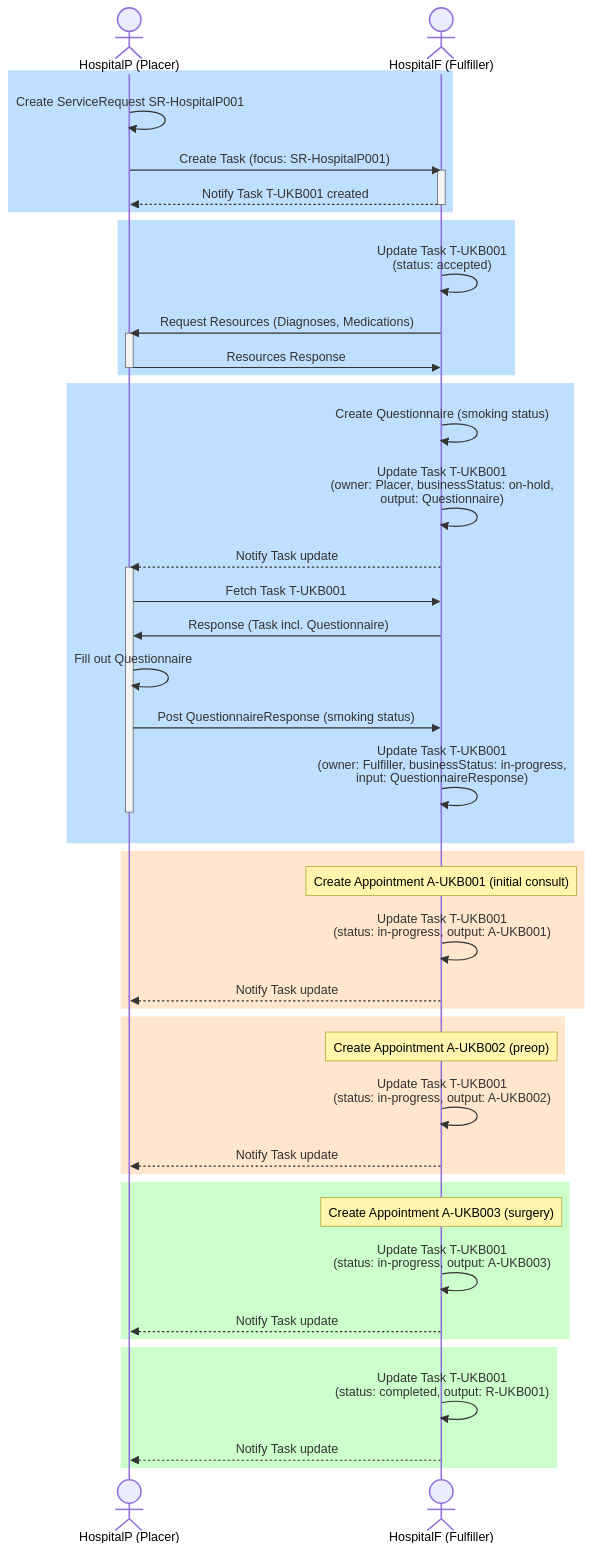
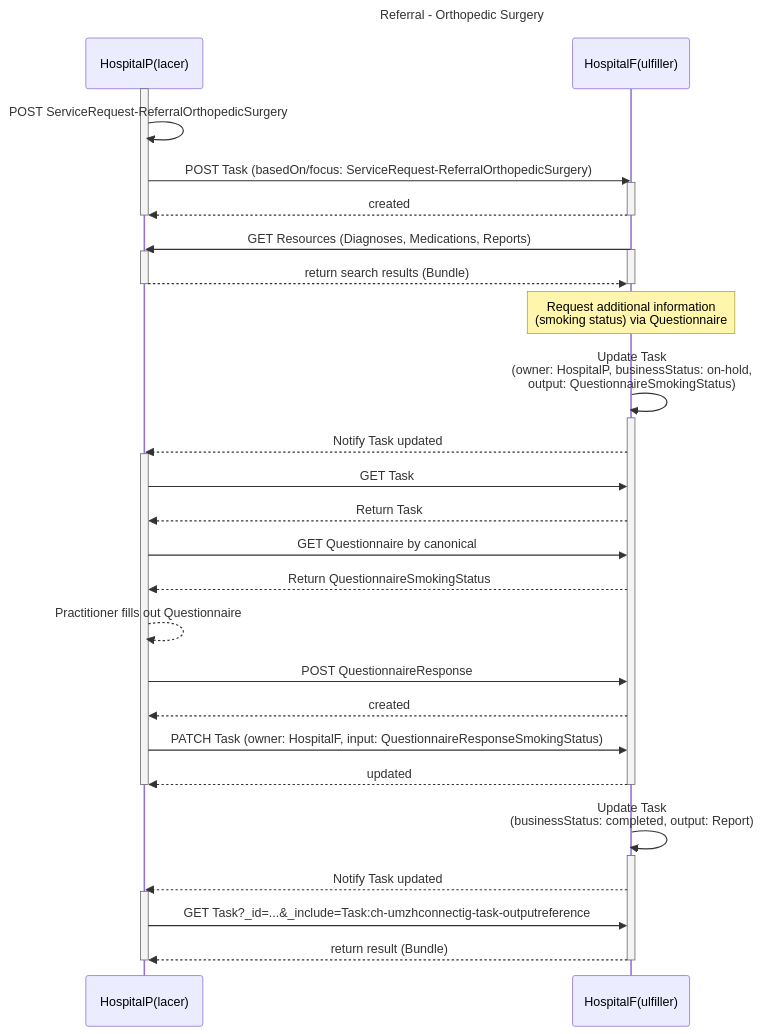
One commit to umzhconnect/umzhconnect-ig changed the diagram in input/pagecontent/usecase-referral-orthopedic.md. Above: the diagram before and after it, drawn with Mermaid. The commit also changed other lines of this file and 9 other files, not shown here.

````diff
--- a/input/pagecontent/usecase-referral-orthopedic.md
+++ b/input/pagecontent/usecase-referral-orthopedic.md
@@ -18,58 +18,49 @@
 ```mermaid
 sequenceDiagram
-    actor HospitalP as HospitalP (Placer)
-    actor HospitalF as HospitalF (Fulfiller)
+    title Referral - Orthopedic Surgery
+
+    participant HospitalP as HospitalP(lacer)
+    participant HospitalF as HospitalF(ulfiller)
+    activate HospitalP
+    HospitalP->>HospitalP: POST ServiceRequest-ReferralOrthopedicSurgery
+    HospitalP->>HospitalF: POST Task (basedOn/focus: ServiceRequest-ReferralOrthopedicSurgery)
+    activate HospitalF
+    HospitalF-->>HospitalP: created
+    deactivate HospitalP
+    deactivate HospitalF
     
-    rect rgb(191, 223, 255)
-    HospitalP->>HospitalP: Create ServiceRequest SR-HospitalP001
-    HospitalP->>HospitalF: Create Task (focus: SR-HospitalP001)
+    HospitalF->>HospitalP: GET Resources (Diagnoses, Medications, Reports)
     activate HospitalF
-    HospitalF-->>HospitalP: Notify Task T-UKB001 created
+    activate HospitalP
+    HospitalP-->>HospitalF: return search results (Bundle)
     deactivate HospitalF
-    end
-    
-    rect rgb(191, 223, 255)
-    HospitalF->>HospitalF: Update Task T-UKB001<br/>(status: accepted)
-    HospitalF->>HospitalP: Request Resources (Diagnoses, Medications)
+    deactivate HospitalP
+
+    Note over HospitalF: Request additional information<br/>(smoking status) via Questionnaire
+    HospitalF->>HospitalF: Update Task<br/>(owner: HospitalP, businessStatus: on-hold,<br/>output: QuestionnaireSmokingStatus)
+    activate HospitalF
+    HospitalF-->>HospitalP: Notify Task updated
     activate HospitalP
-    HospitalP->>HospitalF: Resources Response
+    HospitalP->>HospitalF: GET Task
+    HospitalF-->>HospitalP: Return Task
+    HospitalP->>HospitalF: GET Questionnaire by canonical
+    HospitalF-->>HospitalP: Return QuestionnaireSmokingStatus
+    HospitalP-->>HospitalP: Practitioner fills out Questionnaire
+    HospitalP->>HospitalF: POST QuestionnaireResponse
+    HospitalF-->>HospitalP: created
+    HospitalP->>HospitalF: PATCH Task (owner: HospitalF, input: QuestionnaireResponseSmokingStatus)
+    HospitalF-->>HospitalP: updated
     deactivate HospitalP
-    end
-    
-    rect rgb(191, 223, 255)
-    HospitalF->>HospitalF: Create Questionnaire (smoking status)
-    HospitalF->>HospitalF: Update Task T-UKB001<br/>(owner: Placer, businessStatus: on-hold,<br/>output: Questionnaire)
-    HospitalF-->>HospitalP: Notify Task update
+    deactivate HospitalF
+
+    HospitalF->>HospitalF: Update Task<br/>(businessStatus: completed, output: Report)
+    activate HospitalF
+    HospitalF-->>HospitalP: Notify Task updated
     activate HospitalP
-    HospitalP->>HospitalF: Fetch Task T-UKB001
-    HospitalF->>HospitalP: Response (Task incl. Questionnaire)
-    HospitalP->>HospitalP: Fill out Questionnaire
-    HospitalP->>HospitalF: Post QuestionnaireResponse (smoking status)
-    HospitalF->>HospitalF: Update Task T-UKB001<br/>(owner: Fulfiller, businessStatus: in-progress,<br/>input: QuestionnaireResponse)
+    HospitalP->> HospitalF: GET Task?_id=...&_include=Task:ch-umzhconnectig-task-outputreference
+    HospitalF-->>HospitalP: return result (Bundle)
     deactivate HospitalP
-    end
-    
-    rect rgb(255, 230, 204)
-    Note over HospitalF: Create Appointment A-UKB001 (initial consult)
-    HospitalF->>HospitalF: Update Task T-UKB001<br/>(status: in-progress, output: A-UKB001)
-    HospitalF-->>HospitalP: Notify Task update
-    end
+    deactivate HospitalF
 
-    rect rgb(255, 230, 204)
-    Note over HospitalF: Create Appointment A-UKB002 (preop)
-    HospitalF->>HospitalF: Update Task T-UKB001<br/>(status: in-progress, output: A-UKB002)
-    HospitalF-->>HospitalP: Notify Task update
-    end
-
-    rect rgb(204, 255, 204)
-    Note over HospitalF: Create Appointment A-UKB003 (surgery)
-    HospitalF->>HospitalF: Update Task T-UKB001<br/>(status: in-progress, output: A-UKB003)
-    HospitalF-->>HospitalP: Notify Task update
-    end
-    
-    rect rgb(204, 255, 204)
-    HospitalF->>HospitalF: Update Task T-UKB001<br/>(status: completed, output: R-UKB001)
-    HospitalF-->>HospitalP: Notify Task update
-    end
 
 ```
````
